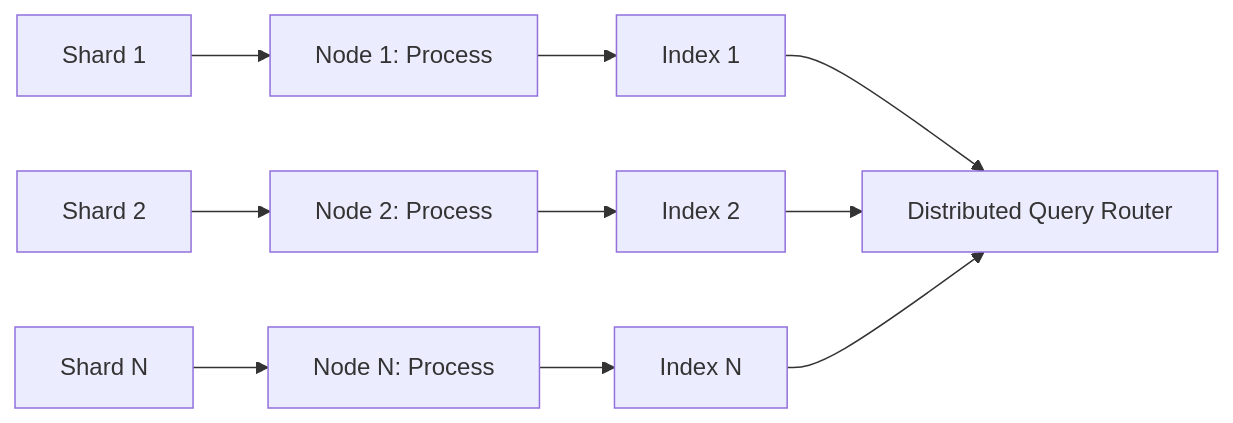
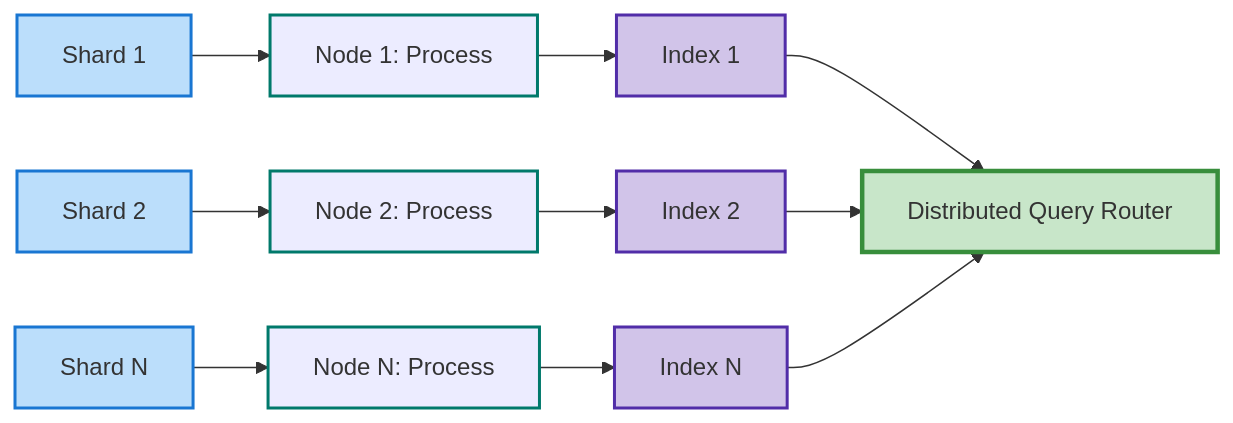
Before and after one commit to bfowle/talaria: the third of 3 diagrams in docs/src/advanced/distributed-processing.md, drawn with Mermaid. The commit also changed other lines of this file and 104 other files, not shown here.

Commit message:
feat: implement content-addressed storage graph (CASG) foundation

````diff
--- a/docs/src/advanced/distributed-processing.md
+++ b/docs/src/advanced/distributed-processing.md
@@ -100,12 +117,23 @@
 ```mermaid
 graph LR
     A[Shard 1] --> B1[Node 1: Process]
     A2[Shard 2] --> B2[Node 2: Process]
     AN[Shard N] --> BN[Node N: Process]
     B1 --> C1[Index 1]
     B2 --> C2[Index 2]
     BN --> CN[Index N]
     C1 --> D[Distributed Query Router]
     C2 --> D
     CN --> D
+
+    style A stroke:#1976d2,stroke-width:2px,fill:#bbdefb
+    style A2 stroke:#1976d2,stroke-width:2px,fill:#bbdefb
+    style AN stroke:#1976d2,stroke-width:2px,fill:#bbdefb
+    style B1 stroke:#00796b,stroke-width:2px
+    style B2 stroke:#00796b,stroke-width:2px
+    style BN stroke:#00796b,stroke-width:2px
+    style C1 stroke:#512da8,stroke-width:2px,fill:#d1c4e9
+    style C2 stroke:#512da8,stroke-width:2px,fill:#d1c4e9
+    style CN stroke:#512da8,stroke-width:2px,fill:#d1c4e9
+    style D stroke:#388e3c,stroke-width:3px,fill:#c8e6c9
 ```
````
